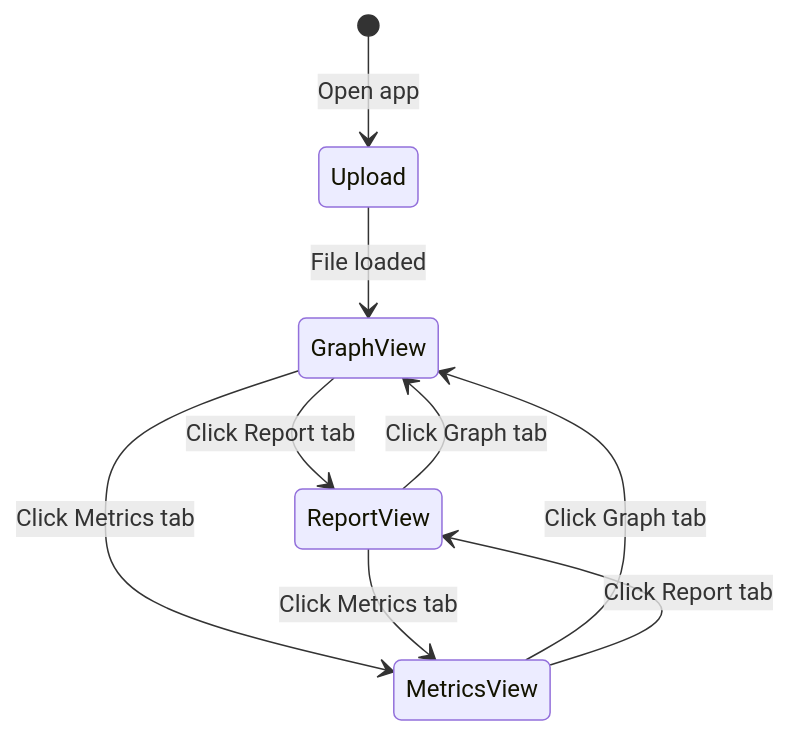
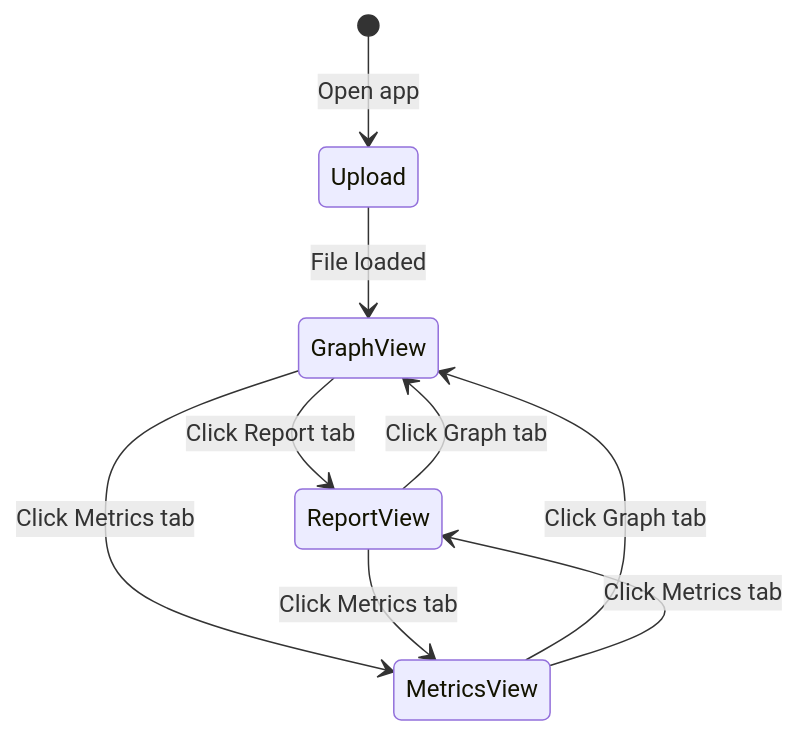
The fifth of 5 diagrams in docs/architecture/data-flow.md (fisher-89/dependency-cruiser-reporter), drawn with Mermaid before and after one commit. The commit also changed other lines of this file and 4 other files, not shown here.

````diff
--- a/docs/architecture/data-flow.md
+++ b/docs/architecture/data-flow.md
@@ -123,11 +112,11 @@
 ```mermaid
 stateDiagram-v2
     [*] --> Upload: Open app
     Upload --> GraphView: File loaded
     GraphView --> ReportView: Click Report tab
     GraphView --> MetricsView: Click Metrics tab
     ReportView --> GraphView: Click Graph tab
     ReportView --> MetricsView: Click Metrics tab
     MetricsView --> GraphView: Click Graph tab
-    MetricsView --> ReportView: Click Report tab
+    MetricsView --> ReportView: Click Metrics tab
 ```
````
